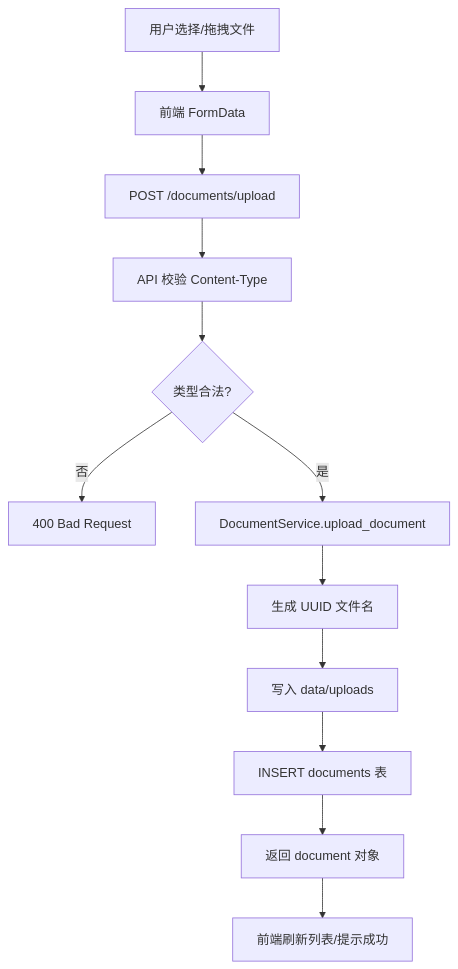
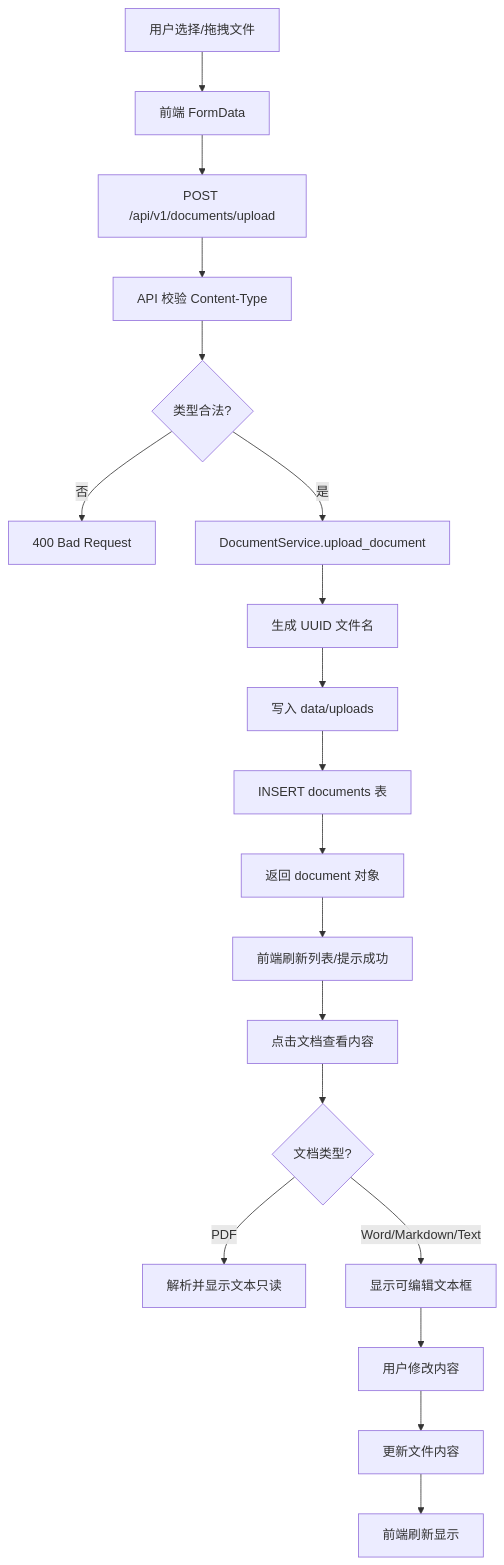
One commit to ji-xinpeng/Scholar-Agent changed the sixth of 8 diagrams in docs/技术开发方案.md. Above: the diagram before and after it, drawn with Mermaid. The commit also changed other lines of this file and 19 other files, not shown here.

````diff
--- a/docs/技术开发方案.md
+++ b/docs/技术开发方案.md
@@ -328,14 +465,21 @@
 ```mermaid
 flowchart TD
     A[用户选择/拖拽文件] --> B[前端 FormData]
-    B --> C[POST /documents/upload]
+    B --> C[POST /api/v1/documents/upload]
     C --> D[API 校验 Content-Type]
     D --> E{类型合法?}
     E -->|否| F[400 Bad Request]
     E -->|是| G[DocumentService.upload_document]
     G --> H[生成 UUID 文件名]
     H --> I[写入 data/uploads]
     I --> J[INSERT documents 表]
     J --> K[返回 document 对象]
     K --> L[前端刷新列表/提示成功]
+    L --> M[点击文档查看内容]
+    M --> N{文档类型?}
+    N -->|PDF| O[解析并显示文本只读]
+    N -->|Word/Markdown/Text| P[显示可编辑文本框]
+    P --> Q[用户修改内容]
+    Q --> S[更新文件内容]
+    S --> T[前端刷新显示]
 ```
````
